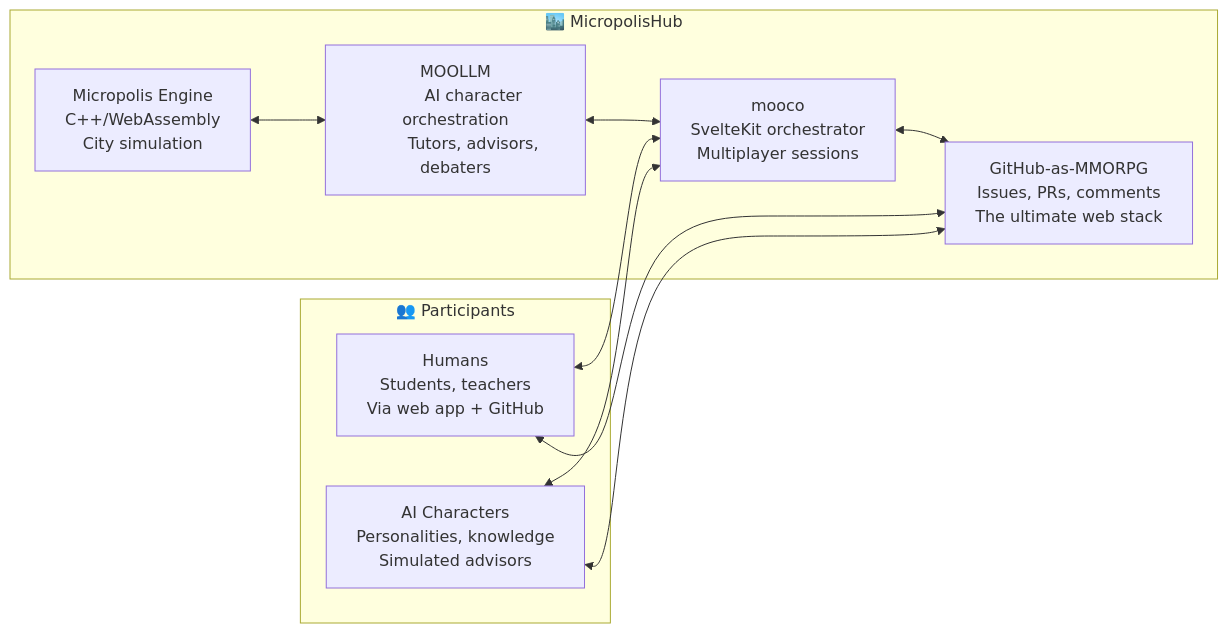
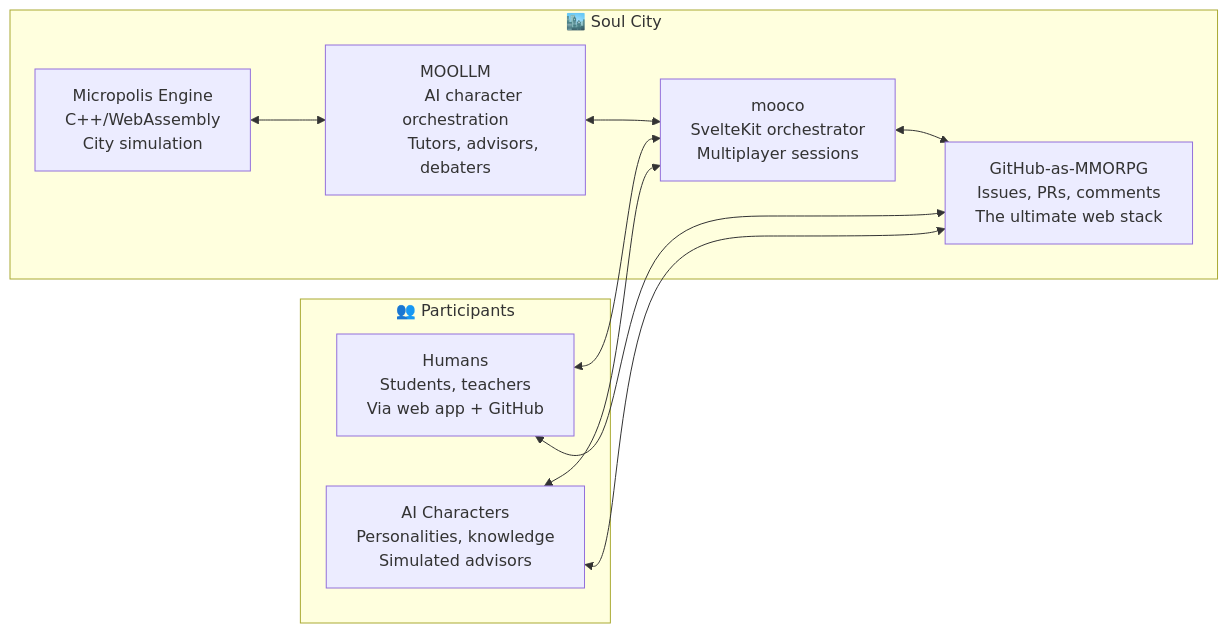
The first of 7 diagrams in skills/micropolis/README.md (SimHacker/moollm), drawn with Mermaid before and after one commit. The commit also changed other lines of this file and 12 other files, not shown here.

First line of the commit message:
Rename MicropolisHub to Soul City in micropolis skill docs.

````diff
--- a/skills/micropolis/README.md
+++ b/skills/micropolis/README.md
@@ -15,34 +15,34 @@
 ```mermaid
 flowchart LR
-    subgraph hub["🏙️ MicropolisHub"]
+    subgraph hub["🏙️ Soul City"]
         MP["Micropolis Engine
         C++/WebAssembly
         City simulation"]
         MOOLLM["MOOLLM
         AI character orchestration
         Tutors, advisors, debaters"]
         MOOCO["mooco
         SvelteKit orchestrator
         Multiplayer sessions"]
         GH["GitHub-as-MMORPG
         Issues, PRs, comments
         The ultimate web stack"]
     end
     
     subgraph users["👥 Participants"]
         HUMAN["Humans
         Students, teachers
         Via web app + GitHub"]
         AI["AI Characters
         Personalities, knowledge
         Simulated advisors"]
     end
     
     MP <--> MOOLLM
     MOOLLM <--> MOOCO
     MOOCO <--> GH
     HUMAN <--> GH
     AI <--> GH
     HUMAN <--> MOOCO
     AI <--> MOOCO
 ```
````
